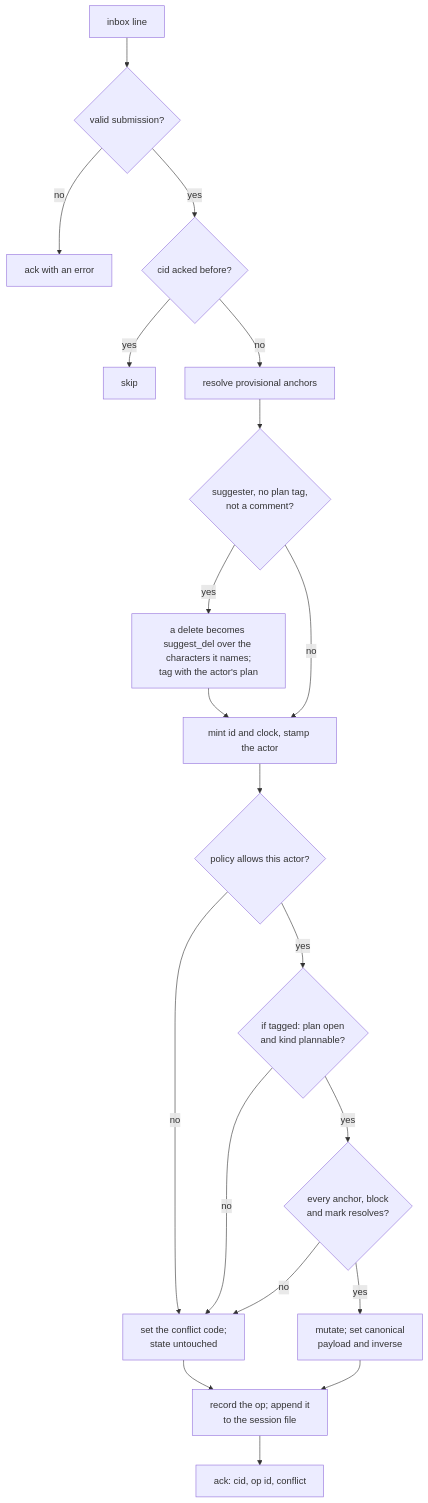
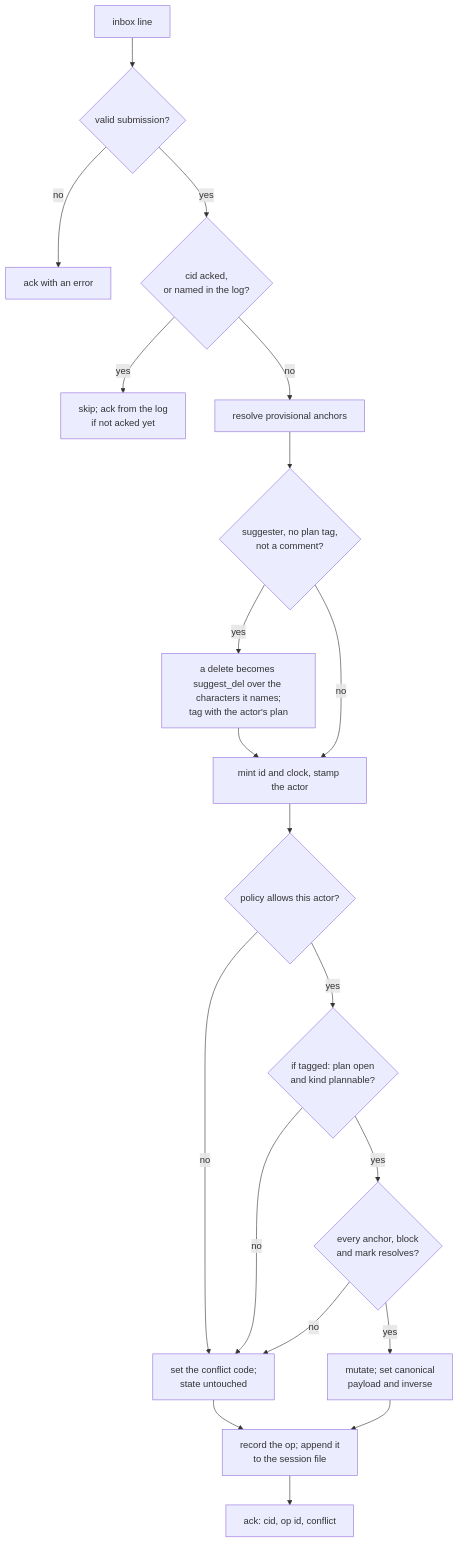
Before and after one commit to ryanyen2/CodeNav: the first of 2 diagrams in docs/concurrency.md, drawn with Mermaid. The commit also changed other lines of this file and 183 other files, not shown here.

````diff
--- a/docs/concurrency.md
+++ b/docs/concurrency.md
@@ -155,22 +165,22 @@
 ```mermaid
 flowchart TD
     L[inbox line] --> V{valid submission?}
     V -- no --> E[ack with an error]
-    V -- yes --> S{cid acked before?}
-    S -- yes --> K[skip]
+    V -- yes --> S{cid acked,<br/>or named in the log?}
+    S -- yes --> K[skip; ack from the log<br/>if not acked yet]
     S -- no --> R[resolve provisional anchors]
     R --> G{suggester, no plan tag,<br/>not a comment?}
     G -- yes --> T[a delete becomes suggest_del over the characters it names;<br/>tag with the actor's plan]
     G -- no --> M
     T --> M[mint id and clock, stamp the actor]
     M --> P{policy allows this actor?}
     P -- no --> C[set the conflict code;<br/>state untouched]
     P -- yes --> O{if tagged: plan open<br/>and kind plannable?}
     O -- no --> C
     O -- yes --> A{every anchor, block<br/>and mark resolves?}
     A -- no --> C
     A -- yes --> W[mutate; set canonical<br/>payload and inverse]
     W --> J[record the op; append it<br/>to the session file]
     C --> J
     J --> Q[ack: cid, op id, conflict]
 ```
````
